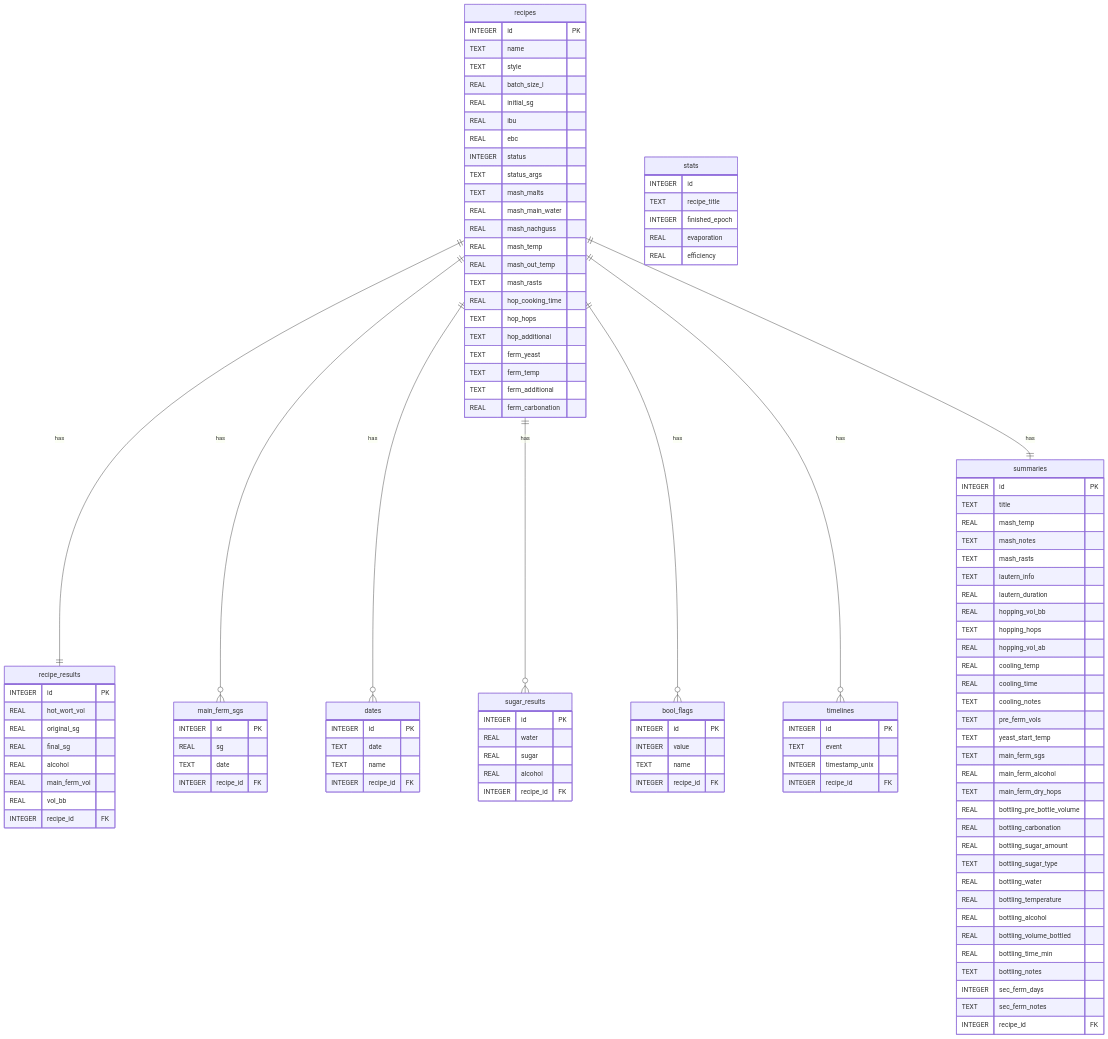
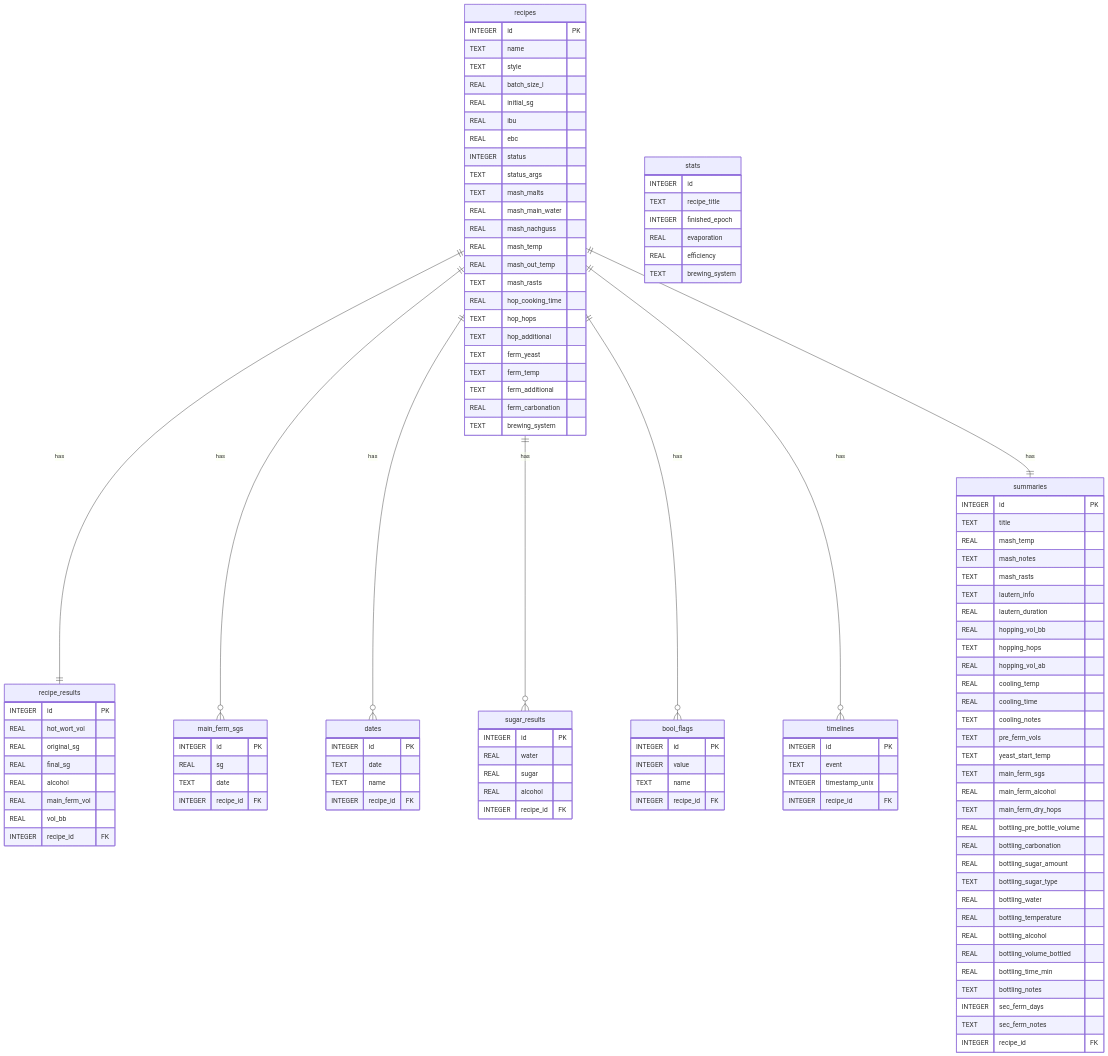
One commit to juan-castrillon/brewday changed the seventh of 8 diagrams in TECHNICAL_OVERVIEW.md. Above: the diagram before and after it, drawn with Mermaid. The commit also changed other lines of this file and 65 other files, not shown here.

```diff
--- a/TECHNICAL_OVERVIEW.md
+++ b/TECHNICAL_OVERVIEW.md
@@ -498,6 +501,7 @@
         TEXT ferm_temp
         TEXT ferm_additional
         REAL ferm_carbonation
+        TEXT brewing_system
     }
 
     recipe_results {
@@ -587,6 +591,7 @@
         INTEGER finished_epoch
         REAL evaporation
         REAL efficiency
+        TEXT brewing_system
     }
 
     recipes ||--|| recipe_results : "has"
```
